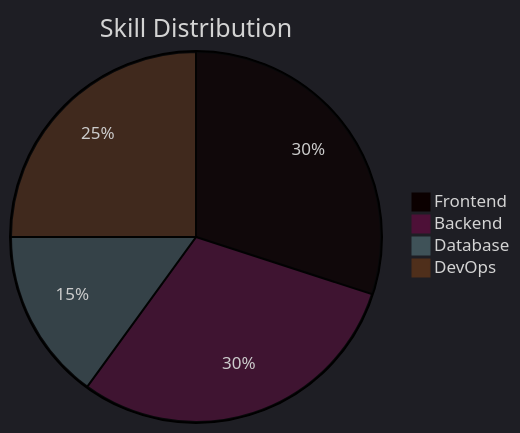
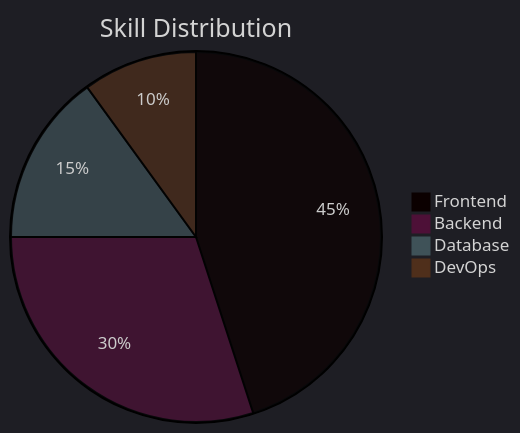
Before and after one commit to BilalEH/BilalEH: the diagram in README.md, drawn with Mermaid. The commit also changed other lines of this file, not shown here.

````diff
--- a/README.md
+++ b/README.md
@@ -57,9 +150,9 @@
 ```mermaid
 %%{init: {'theme':'dark', 'flowchart': {'curve':'linear'}}}%%
 pie
     title Skill Distribution
-    "Frontend" : 30
+    "Frontend" : 45
     "Backend" : 30
     "Database" : 15
-    "DevOps" : 25
+    "DevOps" : 10
 ```
````
